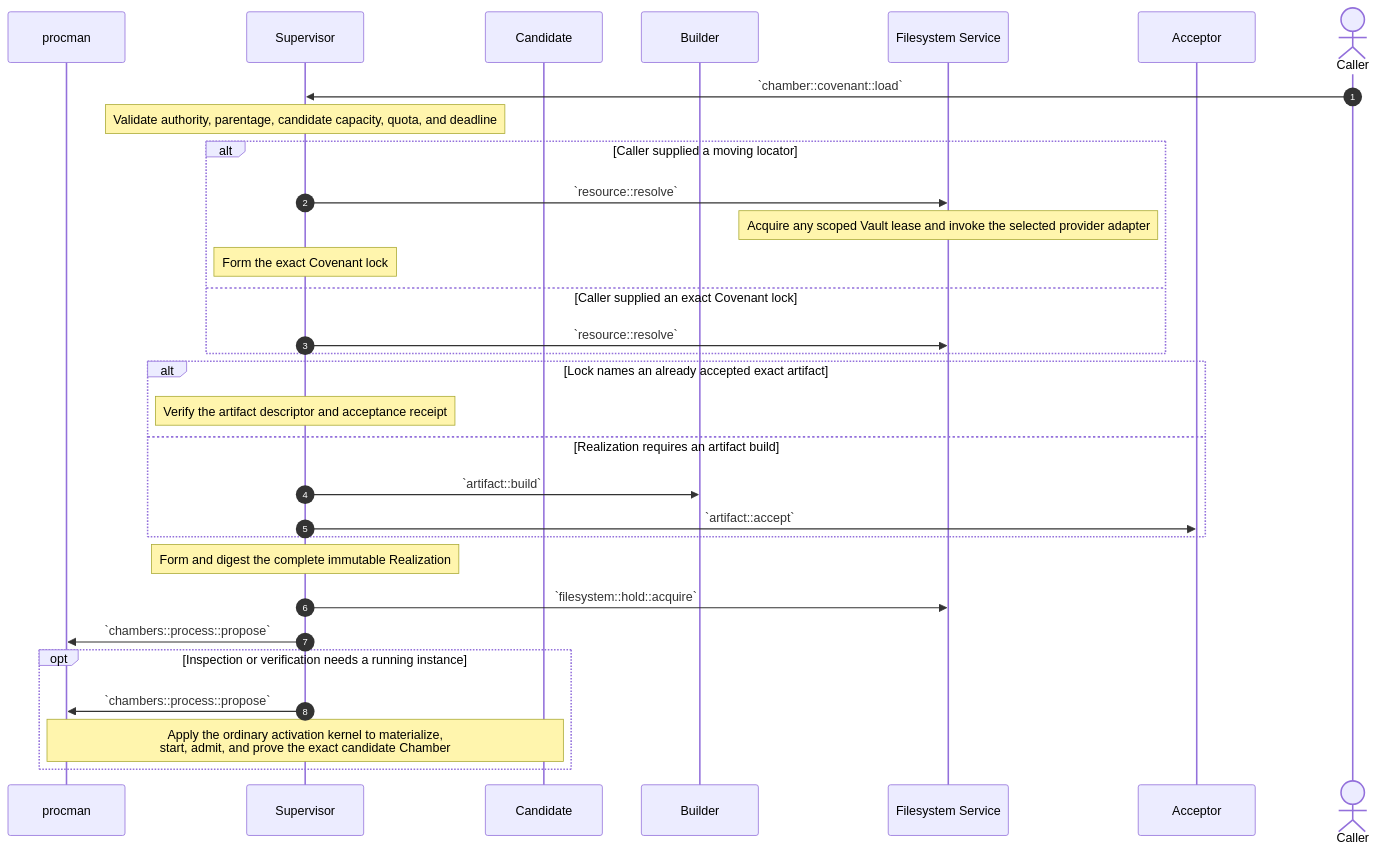
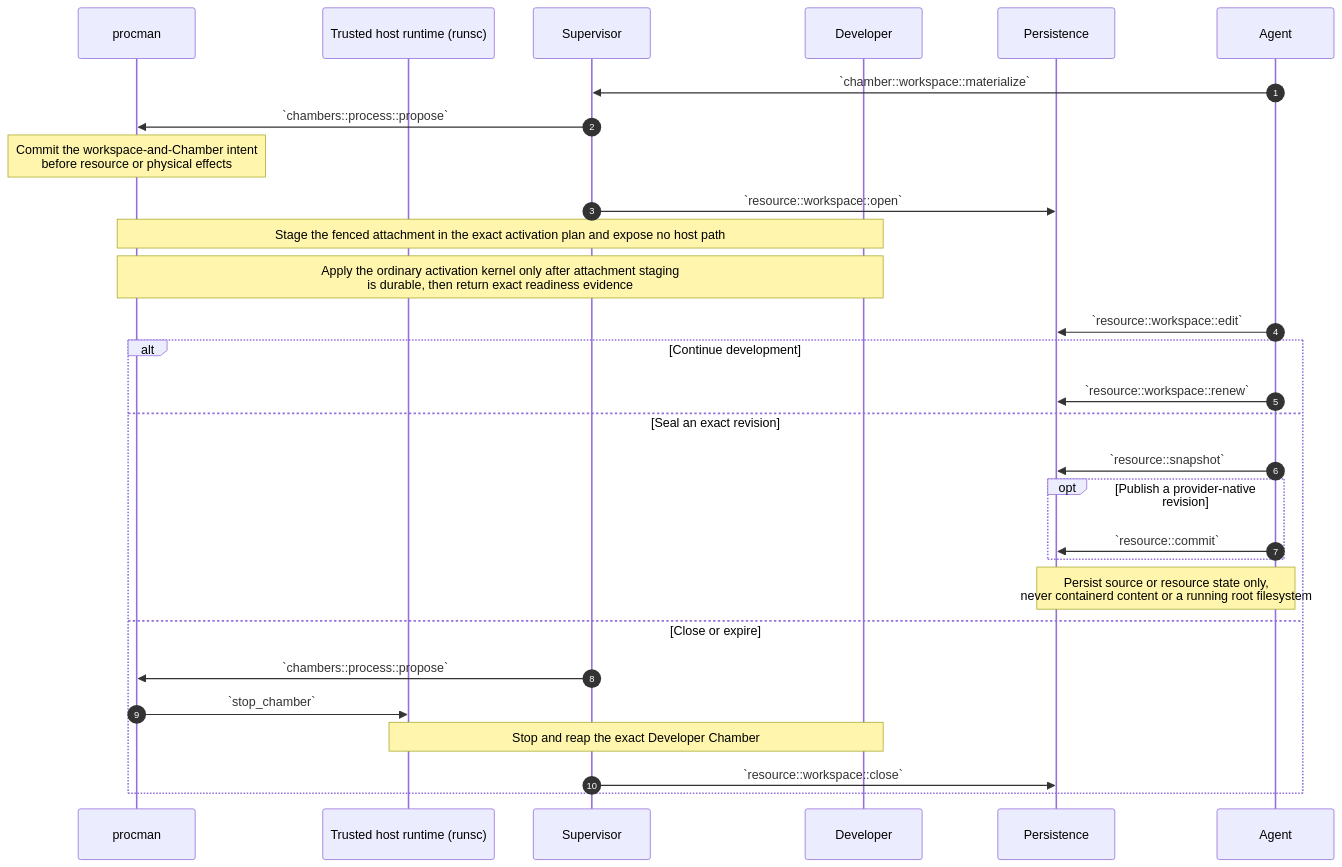
The sixth of 12 diagrams in source/chambers-lifecycle-sequences.md (dreamcatcher-tech/chambers-lifecycle-explorer), drawn with Mermaid before and after one commit. The commit also changed other lines of this file and 8 other files, not shown here.

````diff
--- a/source/chambers-lifecycle-sequences.md
+++ b/source/chambers-lifecycle-sequences.md
@@ -747,39 +873,33 @@
 ```mermaid
 sequenceDiagram
     autonumber
     participant procman
+    participant Runtime as Trusted host runtime (runsc)
     participant Supervisor
-    participant Candidate
-    participant Builder
-    participant Filesystem as Filesystem Service
-    participant Acceptor
-    actor Caller
+    participant Developer
+    participant Persistence
+    participant Agent
 
-    Caller->>Supervisor: `chamber::covenant::load`
-    Note over Supervisor: Validate authority, parentage, candidate capacity, quota, and deadline
+    Agent->>Supervisor: `chamber::workspace::materialize`
+    Supervisor->>procman: `chambers::process::propose`
+    Note over procman: Commit the workspace-and-Chamber intent<br/>before resource or physical effects
+    Supervisor->>Persistence: `resource::workspace::open`
+    Note over procman,Developer: Stage the fenced attachment in the exact activation plan and expose no host path
+    Note over procman,Developer: Apply the ordinary activation kernel only after attachment staging<br/>is durable, then return exact readiness evidence
+    Agent->>Persistence: `resource::workspace::edit`
 
-    alt Caller supplied a moving locator
-        Supervisor->>Filesystem: `resource::resolve`
-        Note over Filesystem: Acquire any scoped Vault lease and invoke the selected provider adapter
-        Note over Supervisor: Form the exact Covenant lock
-    else Caller supplied an exact Covenant lock
-        Supervisor->>Filesystem: `resource::resolve`
+    alt Continue development
+        Agent->>Persistence: `resource::workspace::renew`
+    else Seal an exact revision
+        Agent->>Persistence: `resource::snapshot`
+        opt Publish a provider-native revision
+            Agent->>Persistence: `resource::commit`
+        end
+        Note over Agent,Persistence: Persist source or resource state only,<br/>never containerd content or a running root filesystem
+    else Close or expire
+        Supervisor->>procman: `chambers::process::propose`
+        procman->>Runtime: `stop_chamber`
+        Note over Runtime,Developer: Stop and reap the exact Developer Chamber
+        Supervisor->>Persistence: `resource::workspace::close`
     end
-
-    alt Lock names an already accepted exact artifact
-        Note over Supervisor: Verify the artifact descriptor and acceptance receipt
-    else Realization requires an artifact build
-        Supervisor->>Builder: `artifact::build`
-        Supervisor->>Acceptor: `artifact::accept`
-    end
-
-    Note over Supervisor: Form and digest the complete immutable Realization
-    Supervisor->>Filesystem: `filesystem::hold::acquire`
-    Supervisor->>procman: `chambers::process::propose`
-
-    opt Inspection or verification needs a running instance
-        Supervisor->>procman: `chambers::process::propose`
-        Note over procman,Candidate: Apply the ordinary activation kernel to materialize,<br/>start, admit, and prove the exact candidate Chamber
-    end
-
 ```
````
